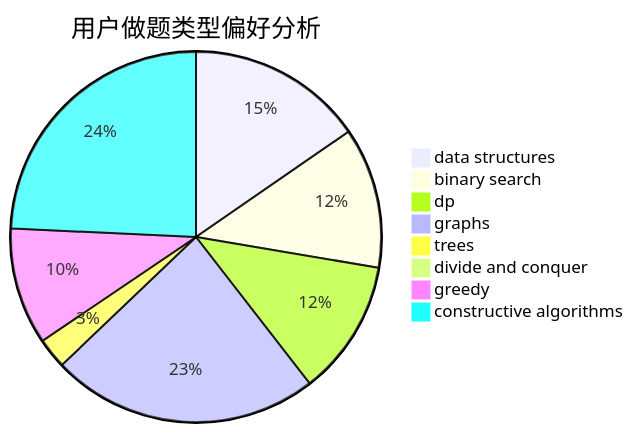
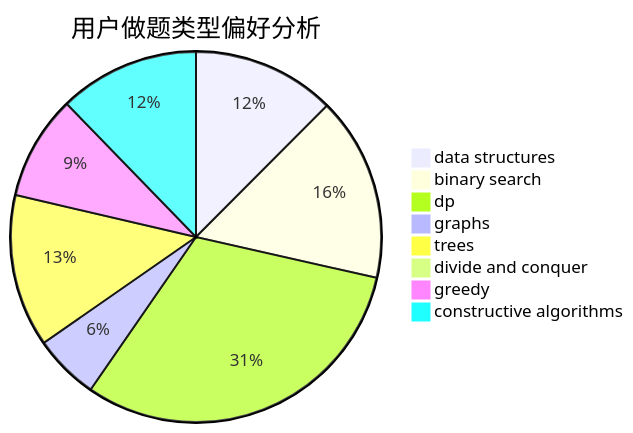
One commit to sherpahu/cfrs.github.io changed the second of 3 diagrams in docs/user/u1160.md. Above: the diagram before and after it, drawn with Mermaid. The commit also changed other lines of this file and 2770 other files, not shown here.

````diff
--- a/docs/user/u1160.md
+++ b/docs/user/u1160.md
@@ -23,11 +23,11 @@
 ```mermaid
 pie title 用户做题类型偏好分析
-    "data structures" :  104
-    "binary search" :  83
-    "dp" :  80
-    "graphs" :  158
-    "trees" :  18
+    "data structures" :  59
+    "binary search" :  76
+    "dp" :  147
+    "graphs" :  27
+    "trees" :  63
     "divide and conquer" :  0
-    "greedy" :  69
-    "constructive algorithms" :  164
+    "greedy" :  43
+    "constructive algorithms" :  58
 ```
````
